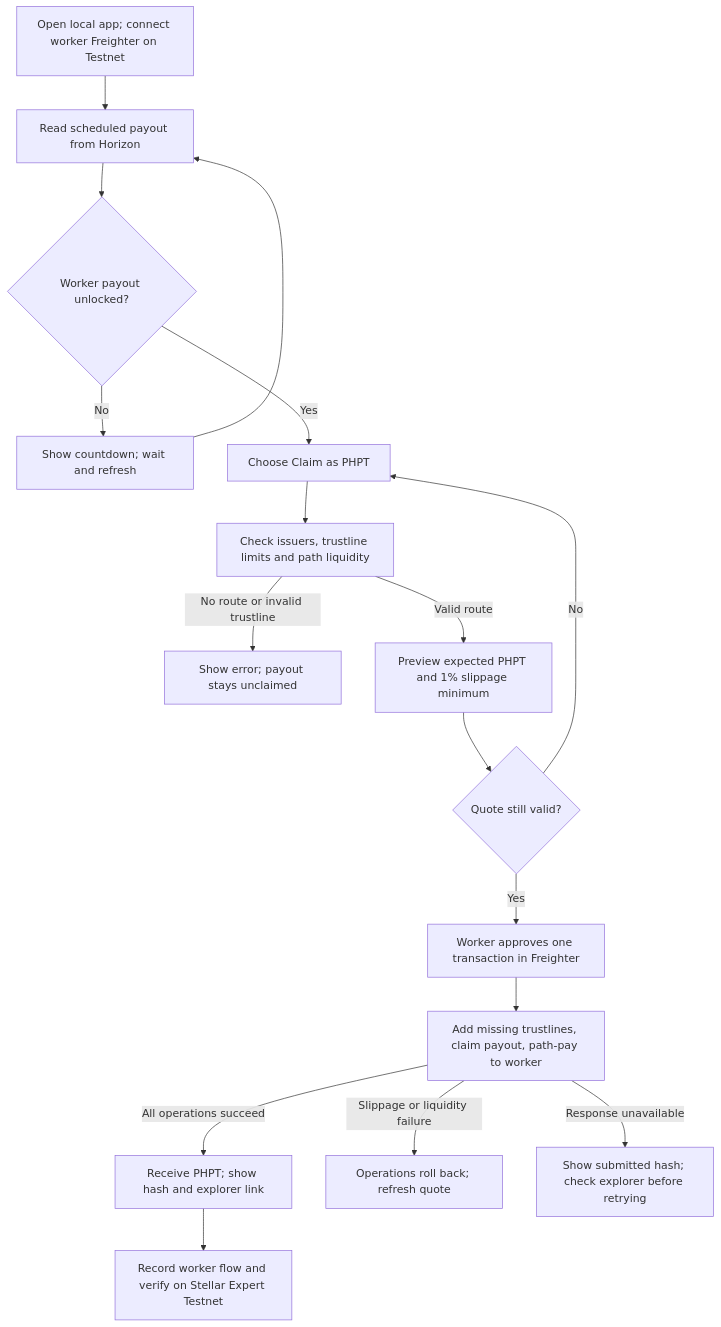
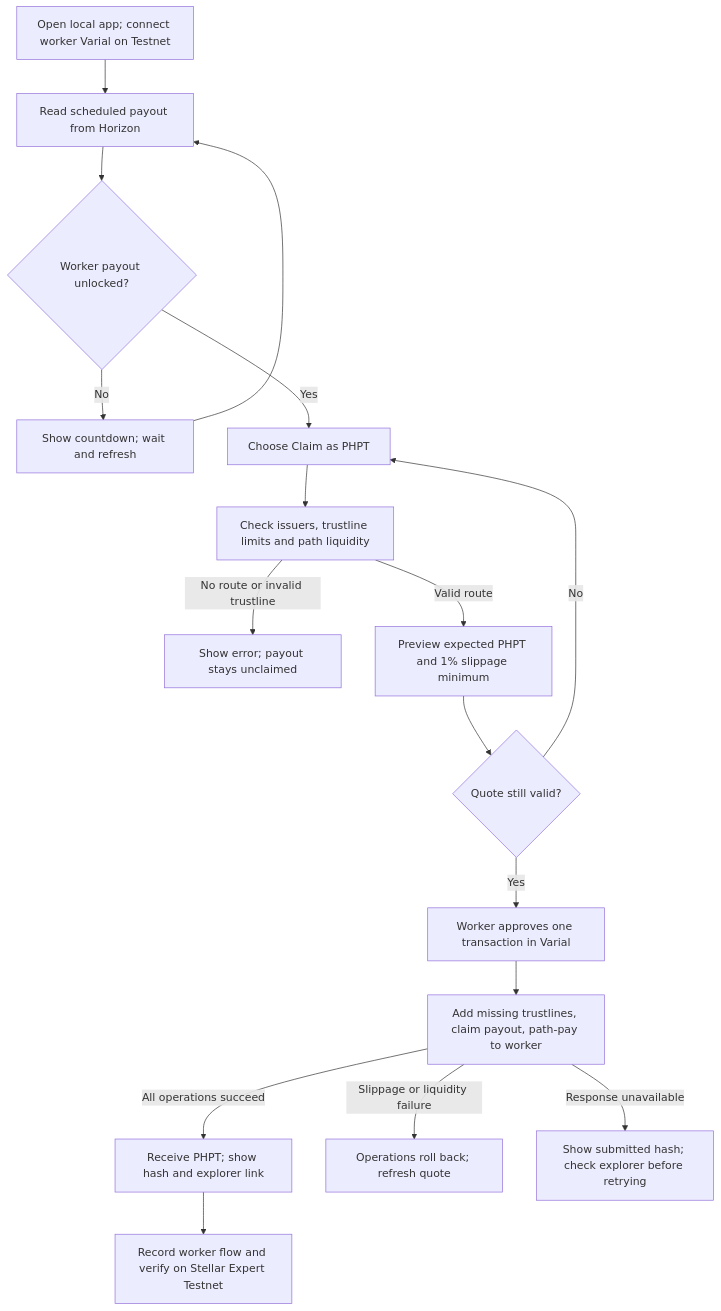
The diagram in docs/week-2-claim-convert-demo.md (mrHeinrichh/sweldo), drawn with Mermaid before and after one commit. The commit also changed other lines of this file and 62 other files, not shown here.

````diff
--- a/docs/week-2-claim-convert-demo.md
+++ b/docs/week-2-claim-convert-demo.md
@@ -25,19 +25,19 @@
 ```mermaid
 flowchart TD
-    A[Open local app; connect worker Freighter on Testnet] --> B[Read scheduled payout from Horizon]
+    A[Open local app; connect worker Varial on Testnet] --> B[Read scheduled payout from Horizon]
     B --> C{Worker payout unlocked?}
     C -->|No| D[Show countdown; wait and refresh]
     D --> B
     C -->|Yes| E[Choose Claim as PHPT]
     E --> F[Check issuers, trustline limits and path liquidity]
     F -->|No route or invalid trustline| G[Show error; payout stays unclaimed]
     F -->|Valid route| H[Preview expected PHPT and 1% slippage minimum]
     H --> I{Quote still valid?}
     I -->|No| E
-    I -->|Yes| J[Worker approves one transaction in Freighter]
+    I -->|Yes| J[Worker approves one transaction in Varial]
     J --> K[Add missing trustlines, claim payout, path-pay to worker]
     K -->|All operations succeed| L[Receive PHPT; show hash and explorer link]
     K -->|Slippage or liquidity failure| M[Operations roll back; refresh quote]
     K -->|Response unavailable| N[Show submitted hash; check explorer before retrying]
     L --> O[Record worker flow and verify on Stellar Expert Testnet]
 ```
````
